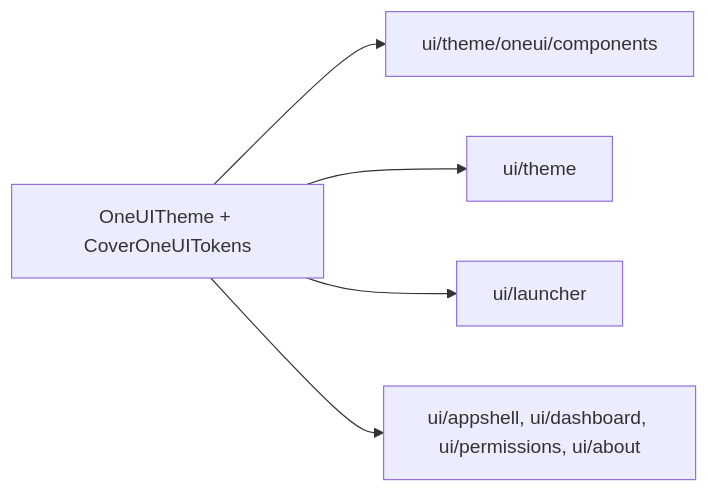
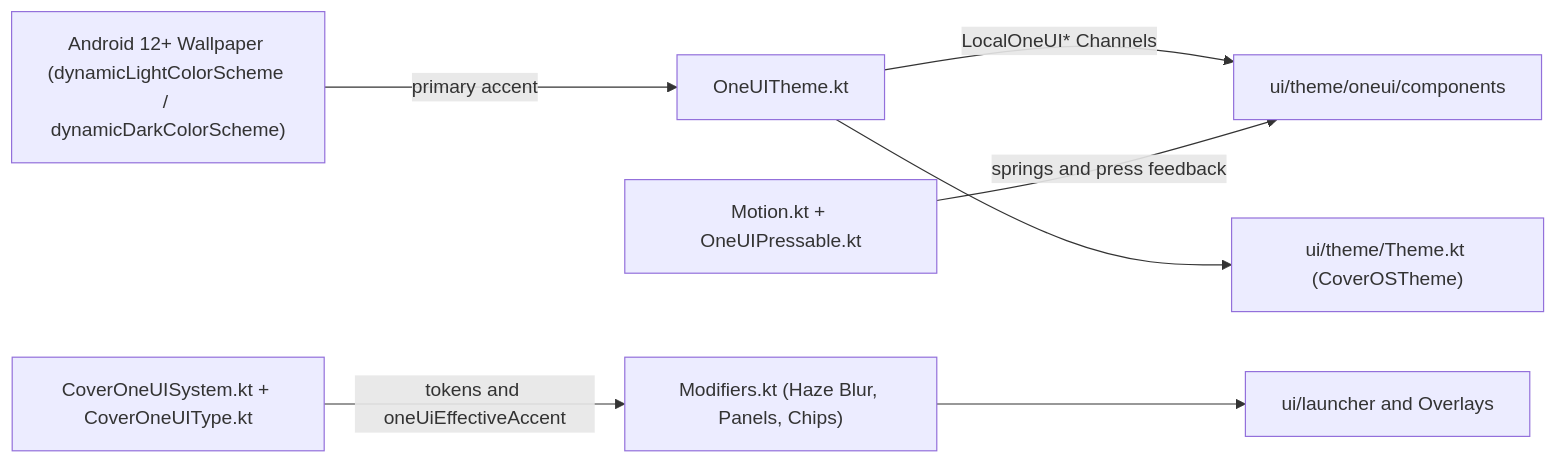
Before and after one commit to tyejaedon/Cover-Screen-OS: the diagram in app/src/main/java/com/tyejaedon/coverscreenos/ui/theme/oneui/README.md, drawn with Mermaid. The commit also changed other lines of this file and 157 other files, not shown here.

````diff
--- a/app/src/main/java/com/tyejaedon/coverscreenos/ui/theme/oneui/README.md
+++ b/app/src/main/java/com/tyejaedon/coverscreenos/ui/theme/oneui/README.md
@@ -20,7 +103,9 @@
 ```mermaid
 flowchart LR
-    Tokens["OneUITheme + CoverOneUITokens"] --> Components["ui/theme/oneui/components"]
-    Tokens --> Theme["ui/theme"]
-    Tokens --> Launcher["ui/launcher"]
-    Tokens --> Inner["ui/appshell, ui/dashboard, ui/permissions, ui/about"]
+    OS["Android 12+ Wallpaper (dynamicLightColorScheme / dynamicDarkColorScheme)"] -->|"primary accent"| Theme["OneUITheme.kt"]
+    Theme -->|"LocalOneUI* Channels"| Components["ui/theme/oneui/components"]
+    System["CoverOneUISystem.kt + CoverOneUIType.kt"] -->|"tokens and oneUiEffectiveAccent"| Modifiers["Modifiers.kt (Haze Blur, Panels, Chips)"]
+    Motion["Motion.kt + OneUIPressable.kt"] -->|"springs and press feedback"| Components
+    Modifiers --> Launcher["ui/launcher and Overlays"]
+    Theme --> RootTheme["ui/theme/Theme.kt (CoverOSTheme)"]
 ```
````
